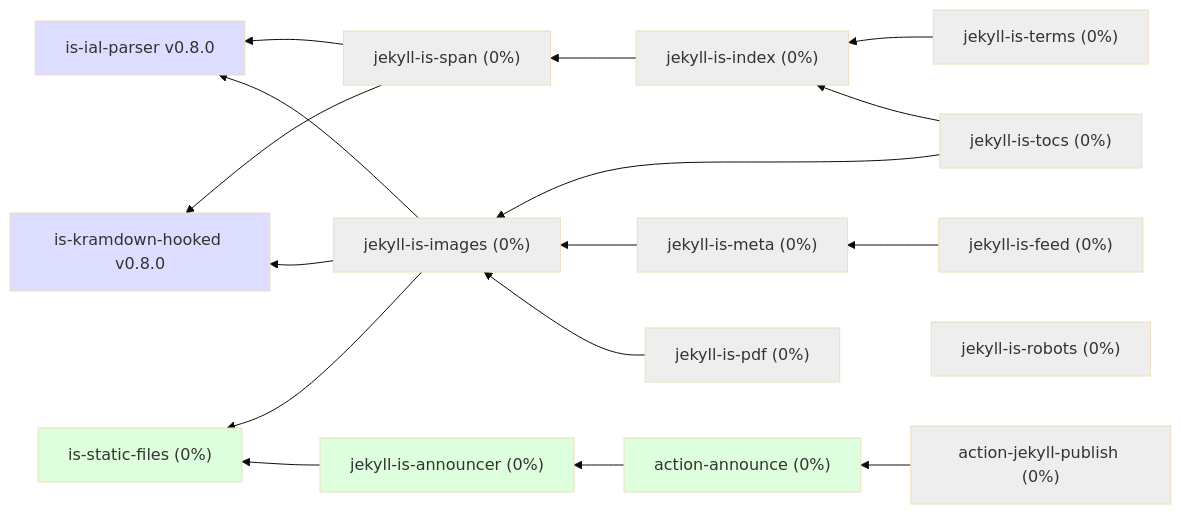
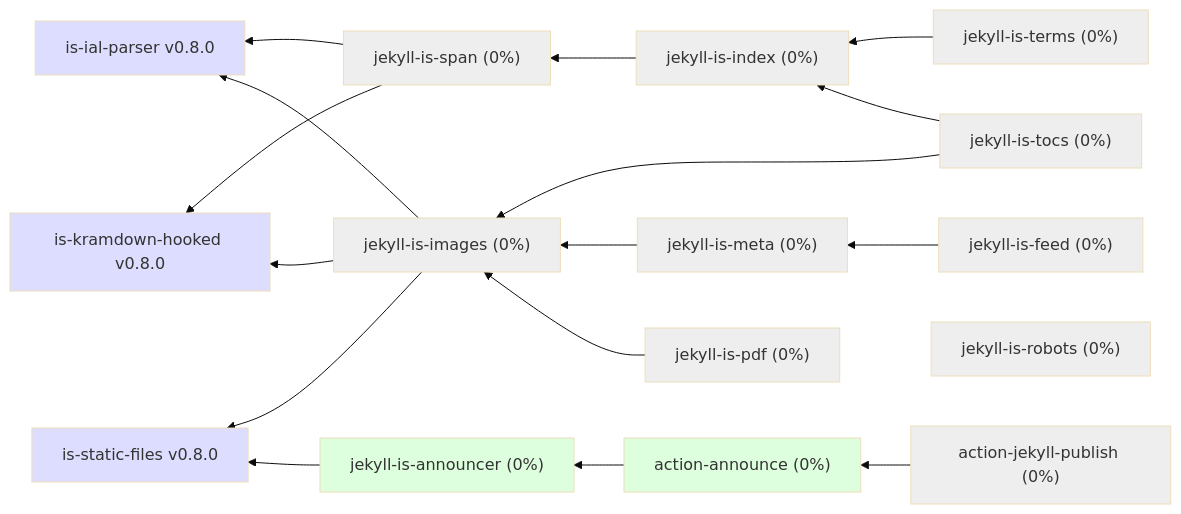
The diagram in profile/README.md (jekyll-is/.github), drawn with Mermaid (base theme) before and after one commit. The commit also changed other lines of this file, not shown here.

````diff
--- a/profile/README.md
+++ b/profile/README.md
@@ -7,58 +7,58 @@
 ```mermaid
 graph RL
   ial["is-ial-parser v0.8.0"]
   kramdown["is-kramdown-hooked v0.8.0"]
-  statics["is-static-files (0%)"]
+  statics["is-static-files v0.8.0"]
   span["jekyll-is-span (0%)"] --> ial
   span --> kramdown
   index["jekyll-is-index (0%)"] --> span
   abbr["jekyll-is-terms (0%)"] --> index
   images["jekyll-is-images (0%)"] --> ial
   images --> kramdown
   images --> statics
   tocs["jekyll-is-tocs (0%)"] --> images
   tocs --> index
   meta["jekyll-is-meta (0%)"] --> images
   feed["jekyll-is-feed (0%)"] --> meta
   robots["jekyll-is-robots (0%)"]
   announcer["jekyll-is-announcer (0%)"] --> statics
   act-announce["action-announce (0%)"] --> announcer
   publish["action-jekyll-publish (0%)"] --> act-announce
   pdf["jekyll-is-pdf (0%)"] --> images
 
 click ial "https://github.com/jekyll-is/is-ial-parser"
 click kramdown "https://github.com/jekyll-is/is-kramdown-hooked"
 click announcer "https://github.com/jekyll-is/jekyll-is-announcer"
 click act-announce "https://github.com/jekyll-is/action-announce"
 click publish "https://github.com/jekyll-is/action-jekyll-publish"
 click images "https://github.com/jekyll-is/jekyll-is-images"
 click robots "https://github.com/jekyll-is/jekyll-is-robots"
 click meta "https://github.com/jekyll-is/jekyll-is-meta"
 click pdf "https://github.com/jekyll-is/jekyll-is-pdf"
 click tocs "https://github.com/jekyll-is/jekyll-is-tocs"
 click feed "https://github.com/jekyll-is/jekyll-is-feed"
 click index "https://github.com/jekyll-is/jekyll-is-index"
 click span "https://github.com/jekyll-is/jekyll-is-span"
 click abbr "https://github.com/jekyll-is/jekyll-is-terms"
 click statics "https://github.com/jekyll-is/is-static-files"
 
 classDef green fill:#DFD
 classDef gray fill:#EEE
 classDef blue fill:#DDF
 
 class ial blue
 class kramdown blue
 class images gray
 class announcer green
 class act-announce green
 class publish gray
 class pdf gray
 class span gray
 class index gray
 class feed gray
 class meta gray
 class robots gray
 class tocs gray
 class abbr gray
-class statics green
+class statics blue
 ```
````
